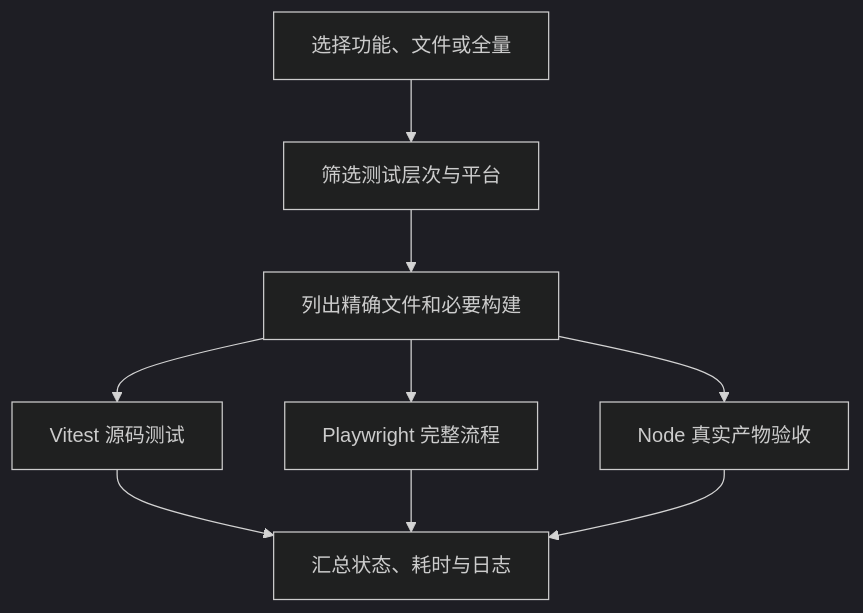
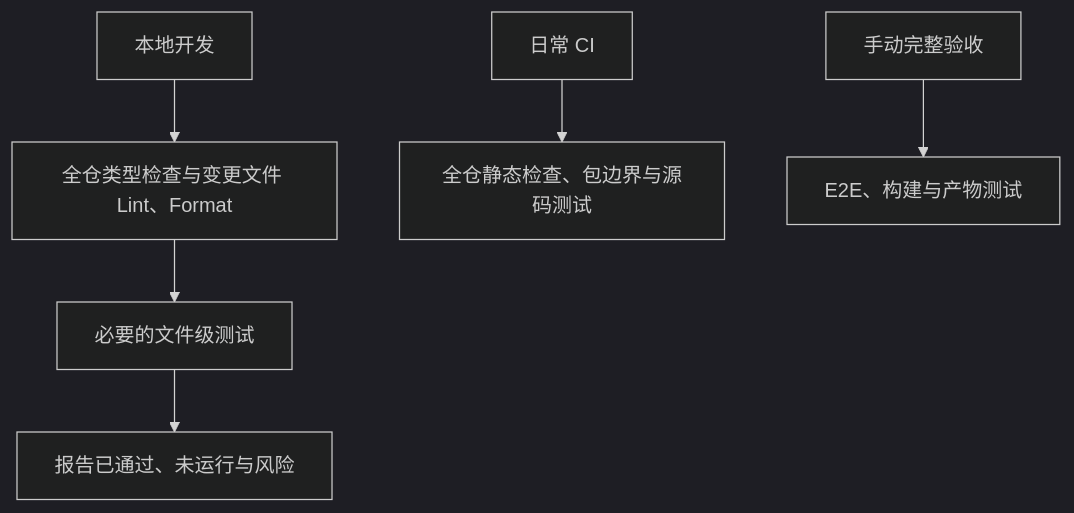
Before and after one commit to xidongdong-153/Pi-meme: the diagram in docs/testing.md, drawn with Mermaid. The commit also changed other lines of this file and 20 other files, not shown here.

````diff
--- a/docs/testing.md
+++ b/docs/testing.md
@@ -18,12 +18,9 @@
 ```mermaid
 %%{init: {"theme": "dark"}}%%
 flowchart TD
-    A["选择功能、文件或全量"] --> B["筛选测试层次与平台"]
-    B --> C["列出精确文件和必要构建"]
-    C --> D["Vitest 源码测试"]
-    C --> E["Playwright 完整流程"]
-    C --> F["Node 真实产物验收"]
-    D --> G["汇总状态、耗时与日志"]
-    E --> G
-    F --> G
+    A["本地开发"] --> B["全仓类型检查与变更文件 Lint、Format"]
+    B --> C["必要的文件级测试"]
+    C --> D["报告已通过、未运行与风险"]
+    E["日常 CI"] --> F["全仓静态检查、包边界与源码测试"]
+    G["手动完整验收"] --> H["E2E、构建与产物测试"]
 ```
````
